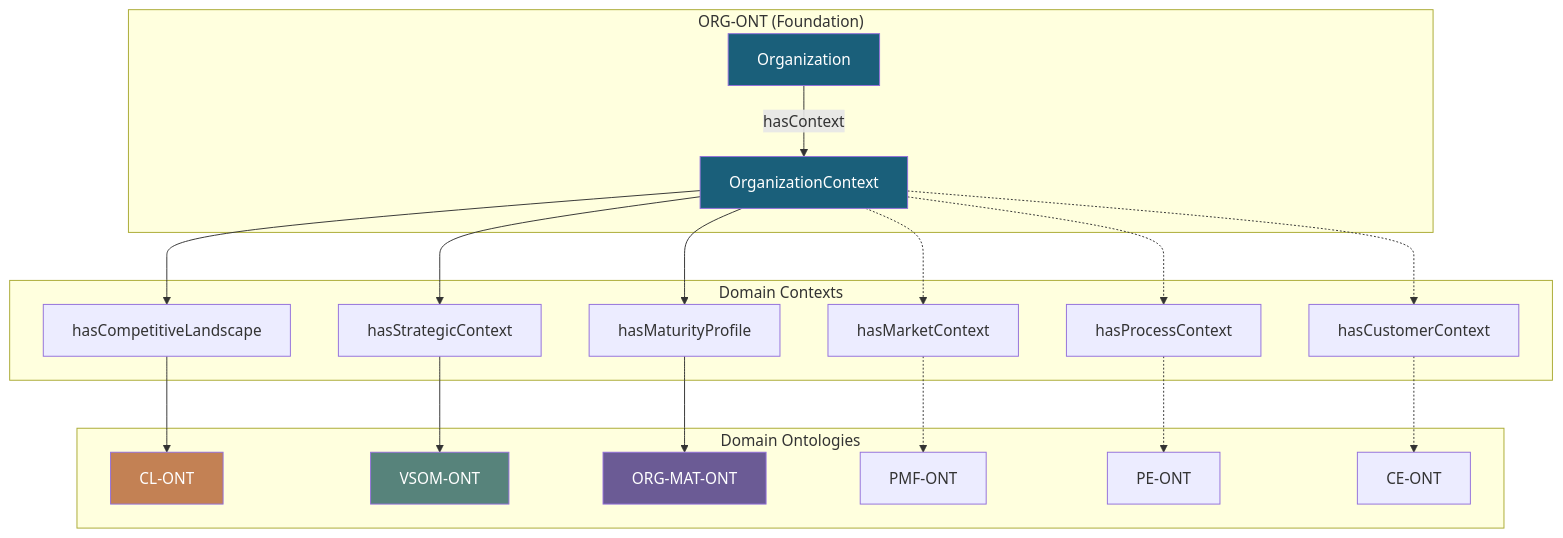
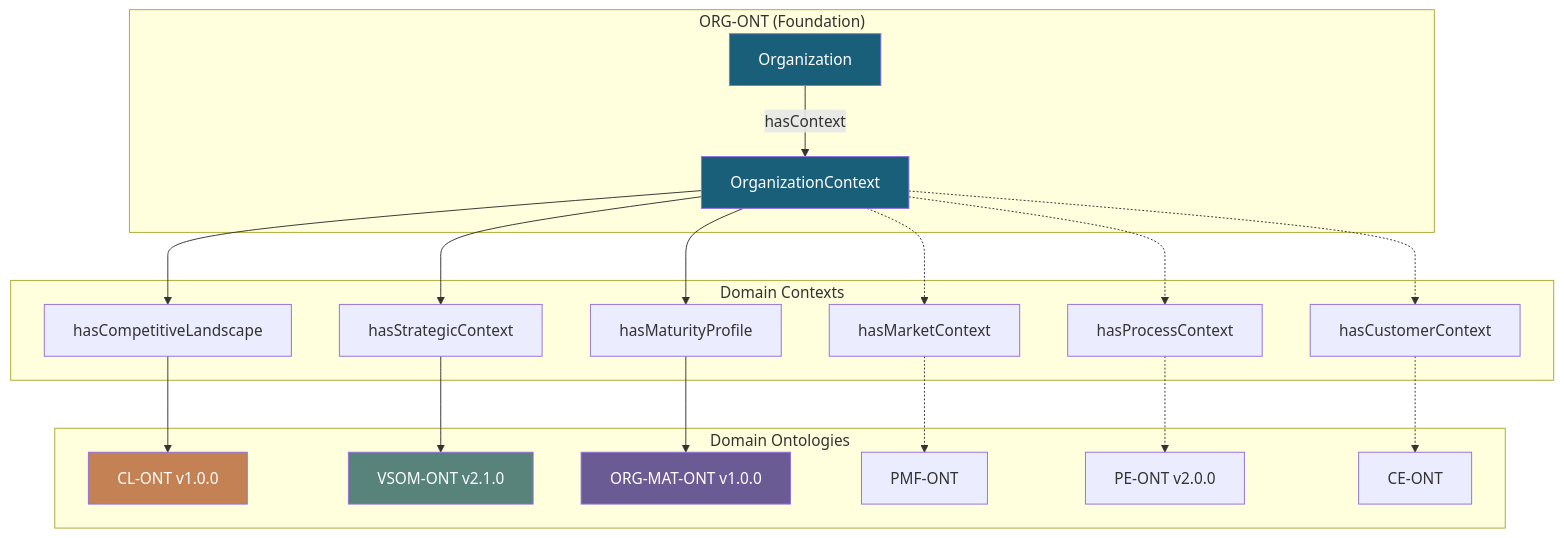
Before and after one commit to ajrmooreuk/Azlan-EA-AAA: the fourth of 6 diagrams in PBS/ONTOLOGIES/ONTOLOGY-ARCHITECTURE.md, drawn with Mermaid. The commit also changed other lines of this file and 1 other file, not shown here.

First line of the commit message:
Add version numbers to architecture diagrams, update to-do list

````diff
--- a/PBS/ONTOLOGIES/ONTOLOGY-ARCHITECTURE.md
+++ b/PBS/ONTOLOGIES/ONTOLOGY-ARCHITECTURE.md
@@ -225,39 +225,39 @@
 ```mermaid
 graph TB
     subgraph "ORG-ONT (Foundation)"
         O[Organization]
         OC[OrganizationContext]
         O -->|hasContext| OC
     end
 
     subgraph "Domain Contexts"
         CL_B[hasCompetitiveLandscape]
         VS_B[hasStrategicContext]
         MAT_B[hasMaturityProfile]
         PM_B[hasMarketContext]
         PE_B[hasProcessContext]
         CE_B[hasCustomerContext]
     end
 
     subgraph "Domain Ontologies"
-        CL_O[CL-ONT]
-        VS_O[VSOM-ONT]
-        MAT_O[ORG-MAT-ONT]
+        CL_O[CL-ONT v1.0.0]
+        VS_O[VSOM-ONT v2.1.0]
+        MAT_O[ORG-MAT-ONT v1.0.0]
         PM_O[PMF-ONT]
-        PE_O[PE-ONT]
+        PE_O[PE-ONT v2.0.0]
         CE_O[CE-ONT]
     end
 
     OC --> CL_B --> CL_O
     OC --> VS_B --> VS_O
     OC --> MAT_B --> MAT_O
     OC -.-> PM_B -.-> PM_O
     OC -.-> PE_B -.-> PE_O
     OC -.-> CE_B -.-> CE_O
 
     style O fill:#1a5f7a,color:#fff
     style OC fill:#1a5f7a,color:#fff
     style CL_O fill:#c38154,color:#fff
     style VS_O fill:#57837b,color:#fff
     style MAT_O fill:#6b5b95,color:#fff
 ```
````
